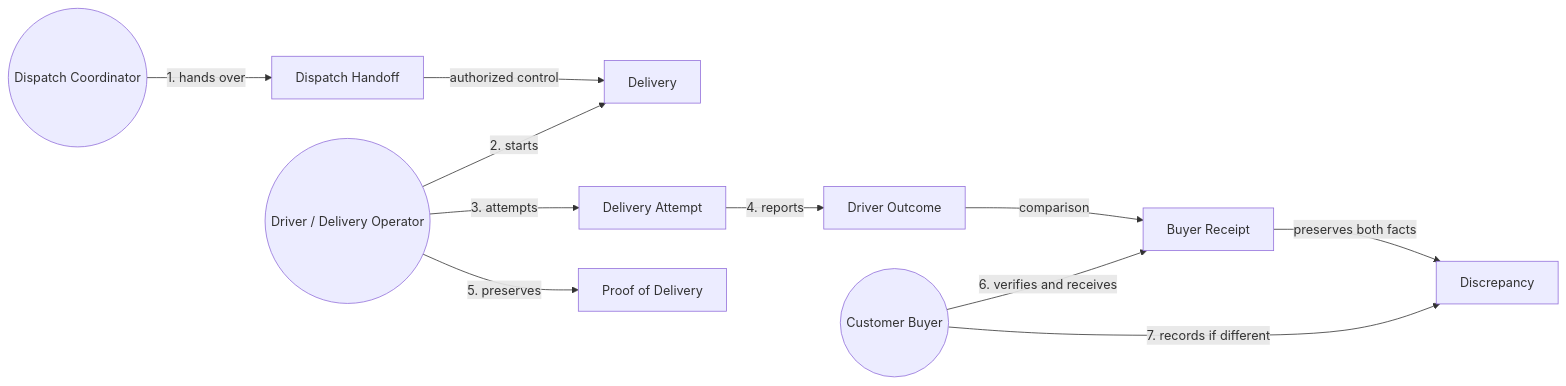
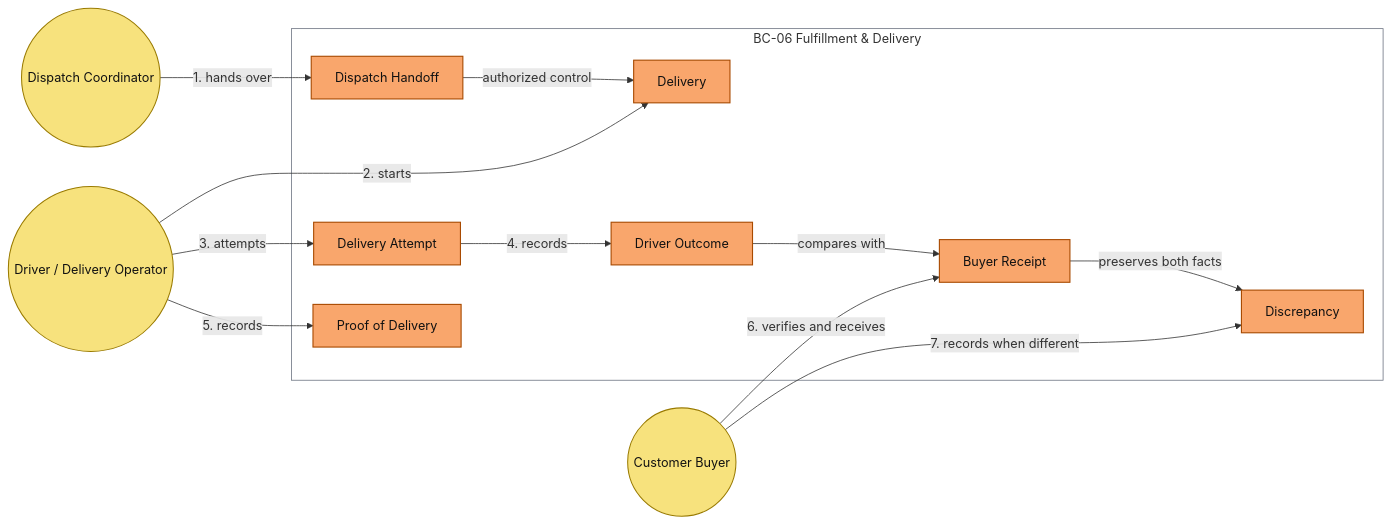
One commit to nexa-suite/mobile-report changed the diagram in report/assets/chapter-2/domain-storytelling/domain-story-04.mmd. Above: the diagram before and after it, drawn with Mermaid. The commit also changed 26 other files, not shown here.

```diff
--- a/report/assets/chapter-2/domain-storytelling/domain-story-04.mmd
+++ b/report/assets/chapter-2/domain-storytelling/domain-story-04.mmd
@@ -1,11 +1,30 @@
 flowchart LR
-  dispatch((Dispatch Coordinator)) -->|1. hands over| handoff[Dispatch Handoff]
-  driver((Driver / Delivery Operator)) -->|2. starts| delivery[Delivery]
+  classDef actor fill:#F7E27D,stroke:#9A7B00,stroke-width:1.3px,color:#111
+  classDef work fill:#F9A66C,stroke:#A84A00,stroke-width:1.4px,color:#111
+
+  dispatch((Dispatch Coordinator)):::actor
+  driver((Driver / Delivery Operator)):::actor
+  buyer((Customer Buyer)):::actor
+
+  subgraph bc06["BC-06 Fulfillment & Delivery"]
+    handoff["Dispatch Handoff"]:::work
+    delivery["Delivery"]:::work
+    attempt["Delivery Attempt"]:::work
+    outcome["Driver Outcome"]:::work
+    pod["Proof of Delivery"]:::work
+    receipt["Buyer Receipt"]:::work
+    discrepancy["Discrepancy"]:::work
+  end
+
+  dispatch -->|1. hands over| handoff
+  driver -->|2. starts| delivery
   handoff -->|authorized control| delivery
-  driver -->|3. attempts| attempt[Delivery Attempt]
-  attempt -->|4. reports| outcome[Driver Outcome]
-  driver -->|5. preserves| pod[Proof of Delivery]
-  buyer((Customer Buyer)) -->|6. verifies and receives| receipt[Buyer Receipt]
-  outcome -->|comparison| receipt
-  buyer -->|7. records if different| discrepancy[Discrepancy]
+  driver -->|3. attempts| attempt
+  attempt -->|4. records| outcome
+  driver -->|5. records| pod
+  buyer -->|6. verifies and receives| receipt
+  outcome -->|compares with| receipt
+  buyer -->|7. records when different| discrepancy
   receipt -->|preserves both facts| discrepancy
+
+  style bc06 fill:none,stroke:#6B7280,stroke-width:1px
```
